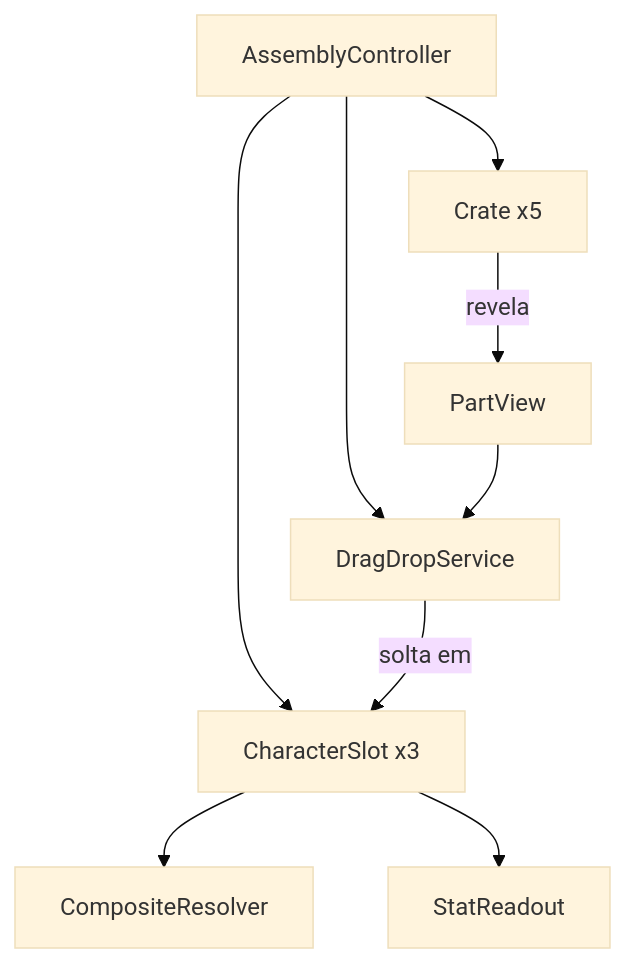
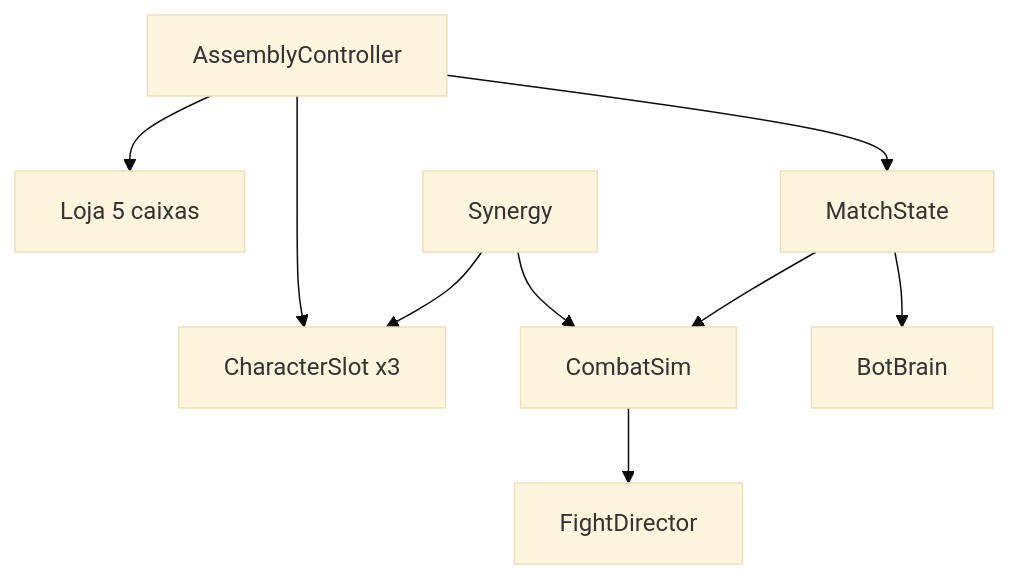
Before and after one commit to lupacaco/unbox-fighters: the diagram in docs/tecnico/arquitetura.md, drawn with Mermaid (base theme). The commit also changed other lines of this file and 72 other files, not shown here.

First line of the commit message:
Add auto-battle vs bots with shop, synergy, and staged fights.

````diff
--- a/docs/tecnico/arquitetura.md
+++ b/docs/tecnico/arquitetura.md
@@ -61,11 +62,11 @@
 ```mermaid
 flowchart TD
-  AC[AssemblyController] --> CS[CharacterSlot x3]
-  AC --> CR[Crate x5]
-  AC --> DDS[DragDropService]
-  CR -->|revela| PV[PartView]
-  PV --> DDS
-  DDS -->|solta em| CS
-  CS --> Comp[CompositeResolver]
-  CS --> SR[StatReadout]
+  AC[AssemblyController] --> MS[MatchState]
+  AC --> CS[CharacterSlot x3]
+  AC --> Shop[Loja 5 caixas]
+  MS --> Bot[BotBrain]
+  MS --> Sim[CombatSim]
+  Sim --> FD[FightDirector]
+  Syn[Synergy] --> Sim
+  Syn --> CS
 ```
````
